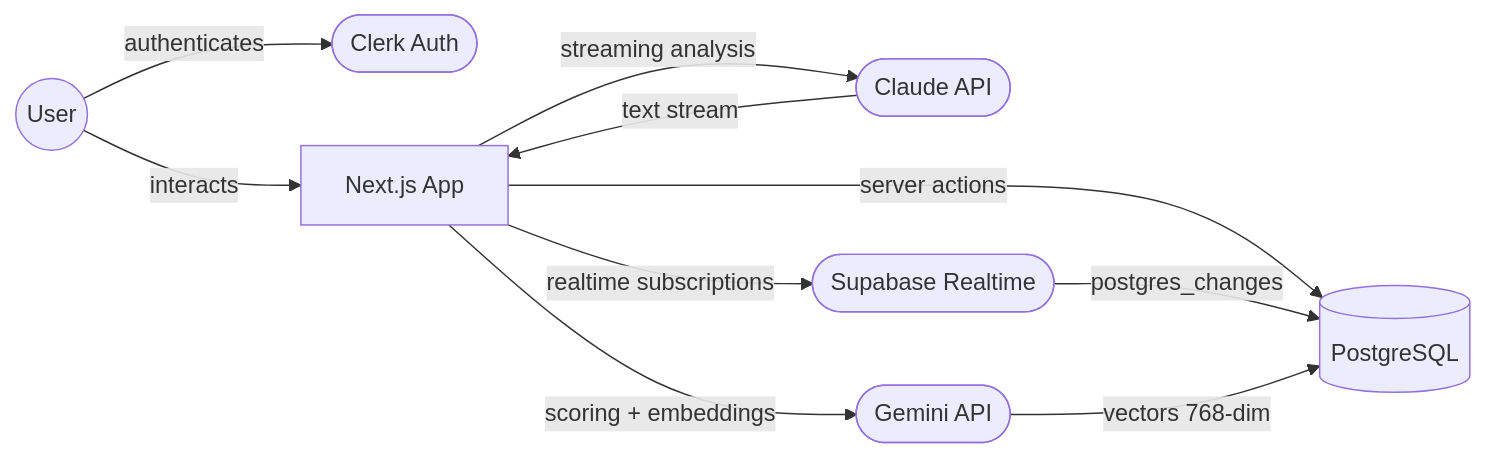
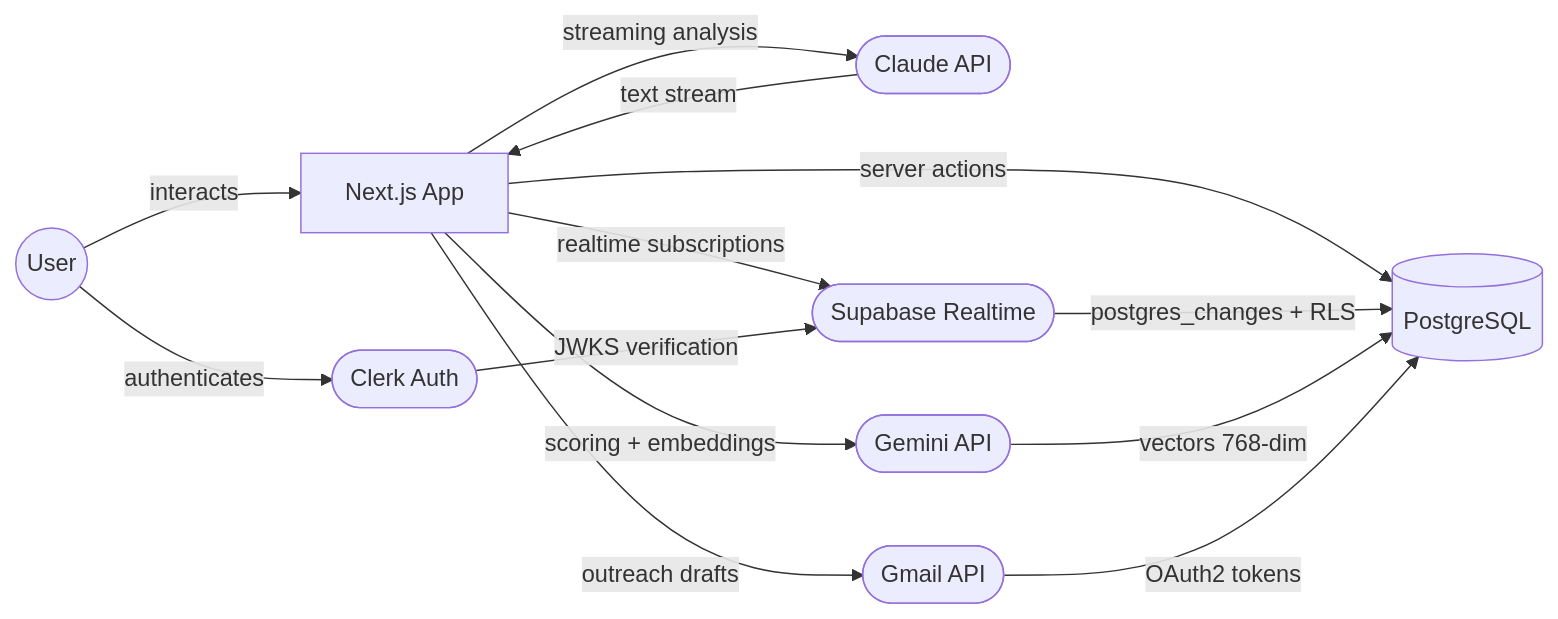
One commit to wenindoubt/admin.wenindoubt.com changed the diagram in docs/system-architecture.md. Above: the diagram before and after it, drawn with Mermaid. The commit also changed other lines of this file and 15 other files, not shown here.

````diff
--- a/docs/system-architecture.md
+++ b/docs/system-architecture.md
@@ -5,14 +5,17 @@
 ```mermaid
 flowchart LR
     User((User)) -->|authenticates| Clerk([Clerk Auth])
     User -->|interacts| App[Next.js App]
 
     App -->|server actions| DB[(PostgreSQL)]
     App -->|streaming analysis| Claude([Claude API])
     App -->|scoring + embeddings| Gemini([Gemini API])
     App -->|realtime subscriptions| Supabase([Supabase Realtime])
+    App -->|outreach drafts| Gmail([Gmail API])
 
-    Supabase -->|postgres_changes| DB
+    Clerk -->|JWKS verification| Supabase
+    Supabase -->|postgres_changes + RLS| DB
     Claude -->|text stream| App
     Gemini -->|vectors 768-dim| DB
+    Gmail -->|OAuth2 tokens| DB
 ```
````
